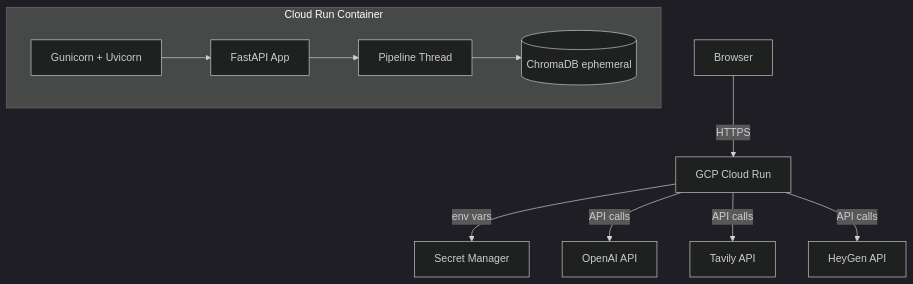
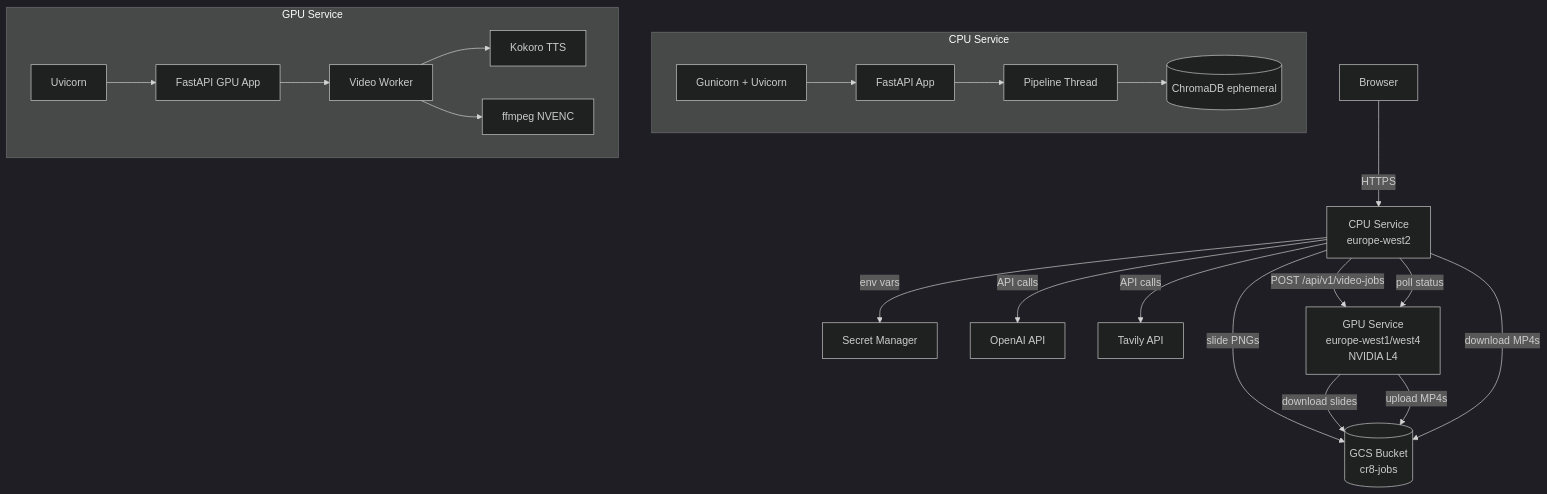
One commit to jaggernaut007/CR8 changed the diagram in mk-docs/deployment/index.md. Above: the diagram before and after it, drawn with Mermaid (dark theme). The commit also changed other lines of this file and 15 other files, not shown here.

````diff
--- a/mk-docs/deployment/index.md
+++ b/mk-docs/deployment/index.md
@@ -10,13 +10,24 @@
 ``` mermaid
 graph TB
-    User[Browser] -->|HTTPS| CR[GCP Cloud Run]
-    CR -->|env vars| SM[Secret Manager]
-    CR -->|API calls| OAI[OpenAI API]
-    CR -->|API calls| TAV[Tavily API]
-    CR -->|API calls| HG[HeyGen API]
-    subgraph Cloud Run Container
+    User[Browser] -->|HTTPS| CPU[CPU Service<br/>europe-west2]
+    CPU -->|env vars| SM[Secret Manager]
+    CPU -->|API calls| OAI[OpenAI API]
+    CPU -->|API calls| TAV[Tavily API]
+    CPU -->|slide PNGs| GCS[(GCS Bucket<br/>cr8-jobs)]
+    GPU[GPU Service<br/>europe-west1/west4<br/>NVIDIA L4] -->|download slides| GCS
+    GPU -->|upload MP4s| GCS
+    CPU -->|POST /api/v1/video-jobs| GPU
+    CPU -->|poll status| GPU
+    CPU -->|download MP4s| GCS
+    subgraph CPU Service
         GU[Gunicorn + Uvicorn] --> FA[FastAPI App]
         FA --> PL[Pipeline Thread]
         PL --> CDB[(ChromaDB ephemeral)]
     end
+    subgraph GPU Service
+        UV[Uvicorn] --> GA[FastAPI GPU App]
+        GA --> WK[Video Worker]
+        WK --> TTS[Kokoro TTS]
+        WK --> FF[ffmpeg NVENC]
+    end
 ```
````
